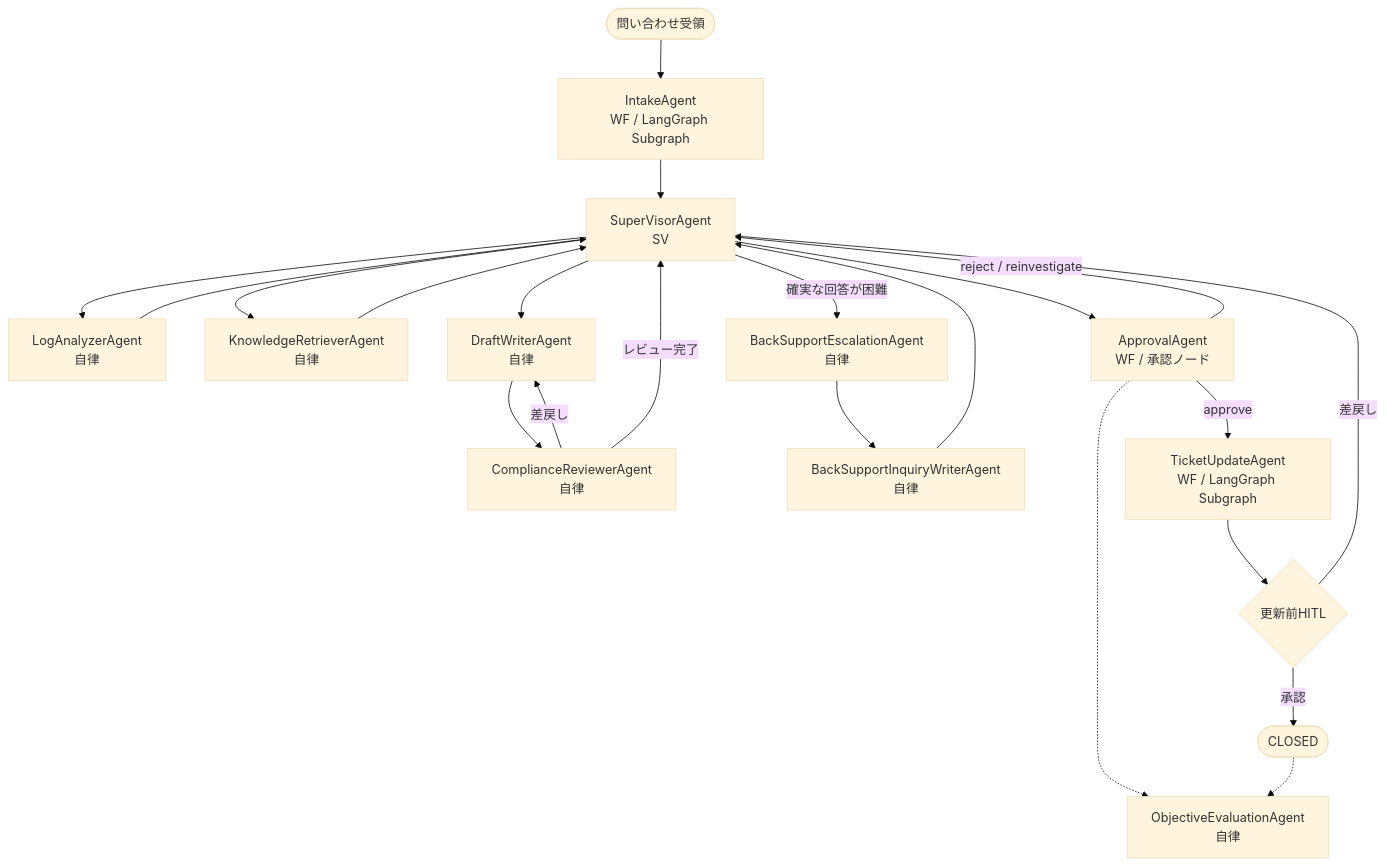
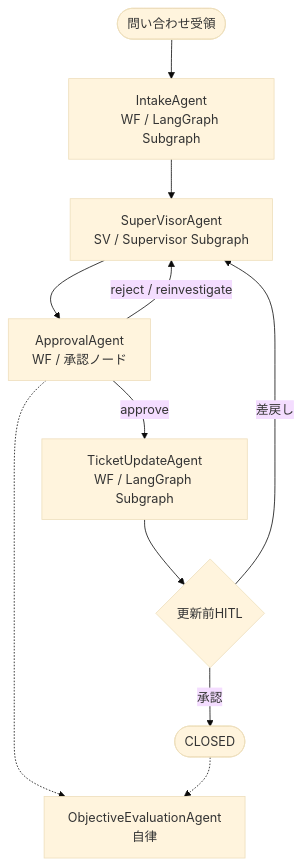
One commit to knd3dayo/ai-platform-poc changed the first of 2 diagrams in docs/03_検証準備/03-04_検証シナリオ案その4.md. Above: the diagram before and after it, drawn with Mermaid (base theme). The commit also changed other lines of this file, not shown here.

First line of the commit message:
docs: represent SuperVisor as Supervisor Subgraph in diagrams

````diff
--- a/docs/03_検証準備/03-04_検証シナリオ案その4.md
+++ b/docs/03_検証準備/03-04_検証シナリオ案その4.md
@@ -57,30 +57,15 @@
 ```mermaid
 flowchart TD
 	Start([問い合わせ受領]) --> Intake[IntakeAgent\nWF / LangGraph Subgraph]
-	Intake --> Supervisor[SuperVisorAgent\nSV]
-
-	Supervisor --> LogAnalyzer[LogAnalyzerAgent\n自律]
-	Supervisor --> KnowledgeRetriever[KnowledgeRetrieverAgent\n自律]
-	LogAnalyzer --> Supervisor
-	KnowledgeRetriever --> Supervisor
-
-	Supervisor --> DraftWriter[DraftWriterAgent\n自律]
-	DraftWriter --> ComplianceReviewer[ComplianceReviewerAgent\n自律]
-	ComplianceReviewer -->|差戻し| DraftWriter
-	ComplianceReviewer -->|レビュー完了| Supervisor
-
-	Supervisor -->|確実な回答が困難| Escalation[BackSupportEscalationAgent\n自律]
-	Escalation --> InquiryWriter[BackSupportInquiryWriterAgent\n自律]
-	InquiryWriter --> Supervisor
-
+	Intake --> Supervisor[SuperVisorAgent\nSV / Supervisor Subgraph]
 	Supervisor --> Approval[ApprovalAgent\nWF / 承認ノード]
 	Approval -->|approve| TicketUpdate[TicketUpdateAgent\nWF / LangGraph Subgraph]
 	Approval -->|reject / reinvestigate| Supervisor
 
 	TicketUpdate --> PreUpdateHITL{更新前HITL}
 	PreUpdateHITL -->|承認| Closed([CLOSED])
 	PreUpdateHITL -->|差戻し| Supervisor
 
 	Approval -.-> Evaluator[ObjectiveEvaluationAgent\n自律]
 	Closed -.-> Evaluator
 ```
````
